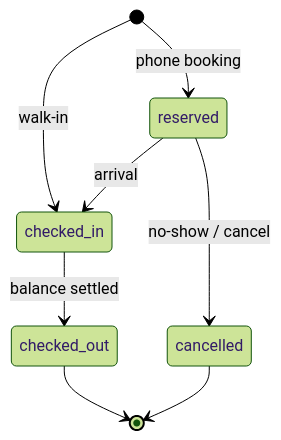
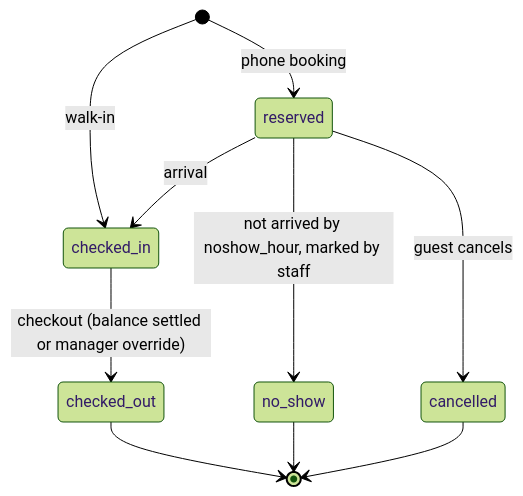
Before and after one commit to Yashkatiyar24/PMS: the second of 2 diagrams in docs/PRD.md, drawn with Mermaid (forest theme). The commit also changed other lines of this file, not shown here.

````diff
--- a/docs/PRD.md
+++ b/docs/PRD.md
@@ -85,10 +94,12 @@
 ```mermaid
 stateDiagram-v2
   [*] --> reserved: phone booking
   [*] --> checked_in: walk-in
   reserved --> checked_in: arrival
-  reserved --> cancelled: no-show / cancel
-  checked_in --> checked_out: balance settled
+  reserved --> no_show: not arrived by noshow_hour, marked by staff
+  reserved --> cancelled: guest cancels
+  checked_in --> checked_out: checkout (balance settled or manager override)
   checked_out --> [*]
+  no_show --> [*]
   cancelled --> [*]
 ```
````
